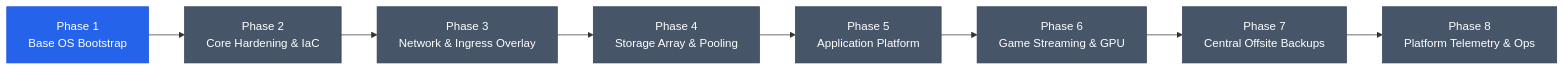
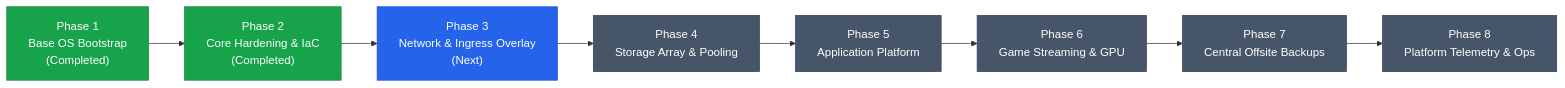
One commit to mabutler/homelab changed the third of 3 diagrams in docs/roadmap.md. Above: the diagram before and after it, drawn with Mermaid. The commit also changed other lines of this file and 42 other files, not shown here.

````diff
--- a/docs/roadmap.md
+++ b/docs/roadmap.md
@@ -270,19 +270,19 @@
 ```mermaid
 flowchart LR
-    P1["Phase 1\nBase OS Bootstrap"] --> P2["Phase 2\nCore Hardening & IaC"]
-    P2 --> P3["Phase 3\nNetwork & Ingress Overlay"]
+    P1["Phase 1\nBase OS Bootstrap\n(Completed)"] --> P2["Phase 2\nCore Hardening & IaC\n(Completed)"]
+    P2 --> P3["Phase 3\nNetwork & Ingress Overlay\n(Next)"]
     P3 --> P4["Phase 4\nStorage Array & Pooling"]
     P4 --> P5["Phase 5\nApplication Platform"]
     P5 --> P6["Phase 6\nGame Streaming & GPU"]
     P6 --> P7["Phase 7\nCentral Offsite Backups"]
     P7 --> P8["Phase 8\nPlatform Telemetry & Ops"]
 
-    style P1 fill:#2563eb,stroke:#1d4ed8,color:#fff
-    style P2 fill:#475569,stroke:#334155,color:#fff
-    style P3 fill:#475569,stroke:#334155,color:#fff
+    style P1 fill:#16a34a,stroke:#15803d,color:#fff
+    style P2 fill:#16a34a,stroke:#15803d,color:#fff
+    style P3 fill:#2563eb,stroke:#1d4ed8,color:#fff
     style P4 fill:#475569,stroke:#334155,color:#fff
     style P5 fill:#475569,stroke:#334155,color:#fff
     style P6 fill:#475569,stroke:#334155,color:#fff
     style P7 fill:#475569,stroke:#334155,color:#fff
     style P8 fill:#475569,stroke:#334155,color:#fff
 ```
````
